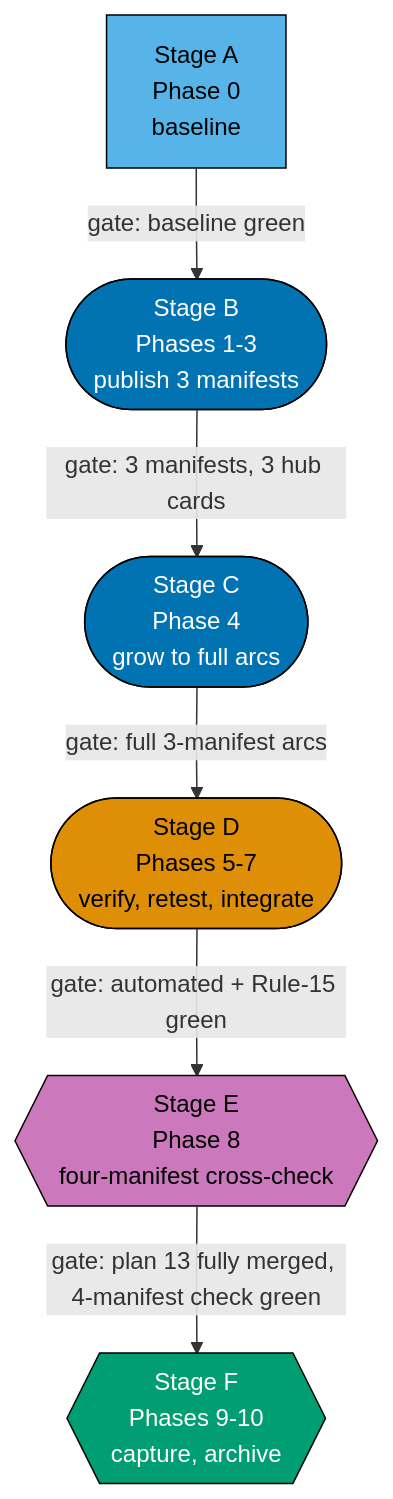
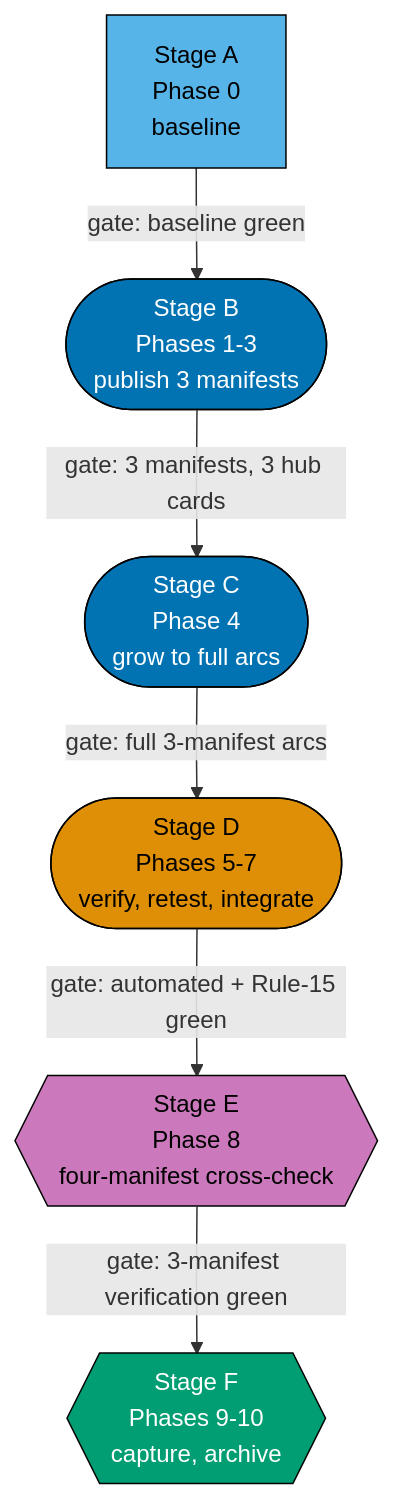
Before and after one commit to wahidyankf/open-sharia-fintech: the second of 2 diagrams in plans/backlog/ayokoding-learning-path-12-careers-se-manifests/README.md, drawn with Mermaid. The commit also changed other lines of this file and 70 other files, not shown here.

````diff
--- a/plans/backlog/ayokoding-learning-path-12-careers-se-manifests/README.md
+++ b/plans/backlog/ayokoding-learning-path-12-careers-se-manifests/README.md
@@ -243,24 +206,24 @@
 ```mermaid
 %% Delivery stages for this plan. Node SHAPE encodes kind: rectangle = setup,
 %% stadium = publishing/growth, hexagon = terminal/archival. Colours are redundant with shape.
 %% TD required: the chain is 6 nodes deep, so LR depth would exceed MaxWidth=4.
 flowchart TD
     S0["Stage A<br/>Phase 0<br/>baseline"]:::setup
     S1(["Stage B<br/>Phases 1-3<br/>publish 3 manifests"]):::manifest
     S2(["Stage C<br/>Phase 4<br/>grow to full arcs"]):::manifest
     S3(["Stage D<br/>Phases 5-7<br/>verify, retest, integrate"]):::verify
     S4{{"Stage E<br/>Phase 8<br/>four-manifest cross-check"}}:::cross
     S5{{"Stage F<br/>Phases 9-10<br/>capture, archive"}}:::archive
 
     S0 -->|"gate: baseline green"| S1
     S1 -->|"gate: 3 manifests, 3 hub cards"| S2
     S2 -->|"gate: full 3-manifest arcs"| S3
     S3 -->|"gate: automated + Rule-15 green"| S4
-    S4 -->|"gate: plan 13 fully merged, 4-manifest check green"| S5
+    S4 -->|"gate: 3-manifest verification green"| S5
 
     classDef setup fill:#56B4E9,stroke:#000000,color:#000000
     classDef manifest fill:#0173B2,stroke:#000000,color:#FFFFFF
     classDef verify fill:#DE8F05,stroke:#000000,color:#000000
     classDef cross fill:#CC78BC,stroke:#000000,color:#000000
     classDef archive fill:#029E73,stroke:#000000,color:#FFFFFF
 ```
````
